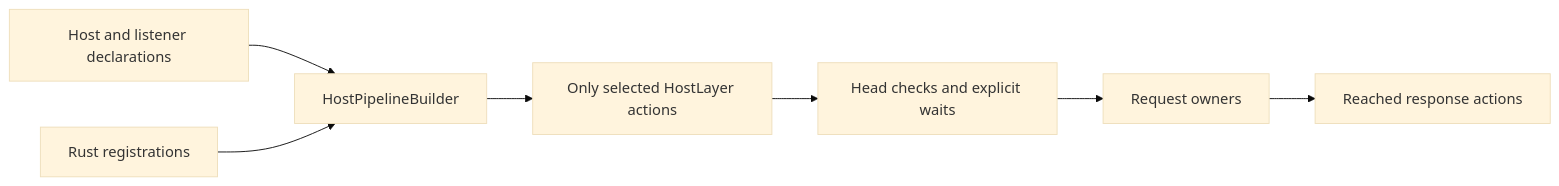
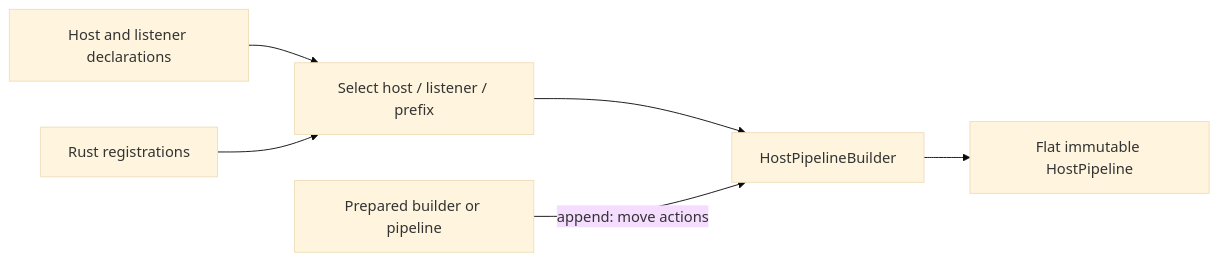
The first of 3 diagrams in docs/design/HOST_PIPELINE.md (claviron/claviron), drawn with Mermaid (base theme) before and after one commit. The commit also changed other lines of this file, not shown here.

First line of the commit message:
Document host layer order and reply ownership

````diff
--- a/docs/design/HOST_PIPELINE.md
+++ b/docs/design/HOST_PIPELINE.md
@@ -23,9 +23,8 @@
 ```mermaid
 flowchart LR
-    Config[Host and listener declarations] --> Builder[HostPipelineBuilder]
-    Rust[Rust registrations] --> Builder
-    Builder --> Plan[Only selected HostLayer actions]
-    Plan --> Head[Head checks and explicit waits]
-    Head --> Call[Request owners]
-    Call --> Reply[Reached response actions]
+    Config[Host and listener declarations] --> Scope[Select host / listener / prefix]
+    Rust[Rust registrations] --> Scope
+    Scope --> Builder[HostPipelineBuilder]
+    Prepared[Prepared builder or pipeline] -->|append: move actions| Builder
+    Builder --> Plan[Flat immutable HostPipeline]
 ```
````
